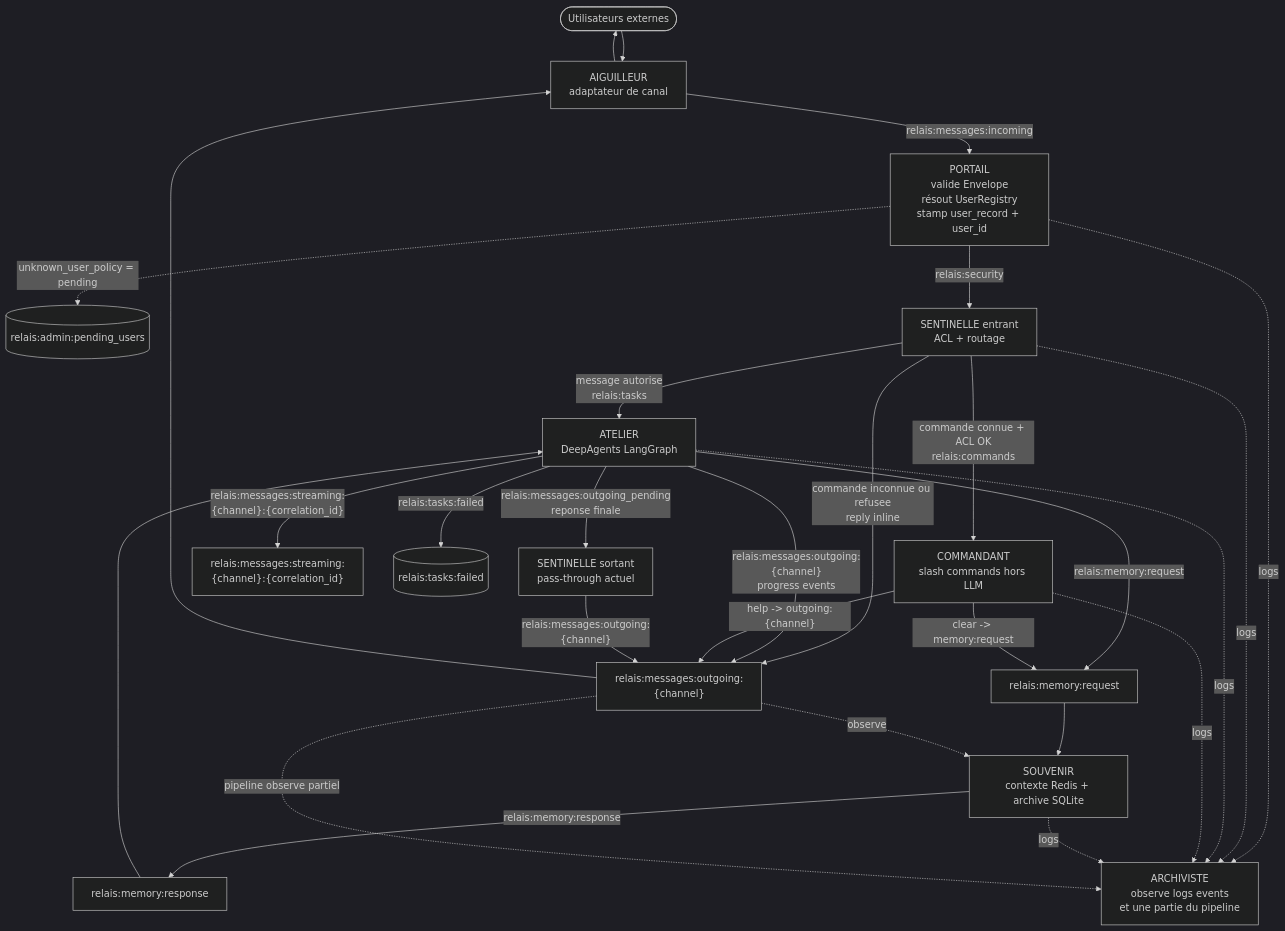
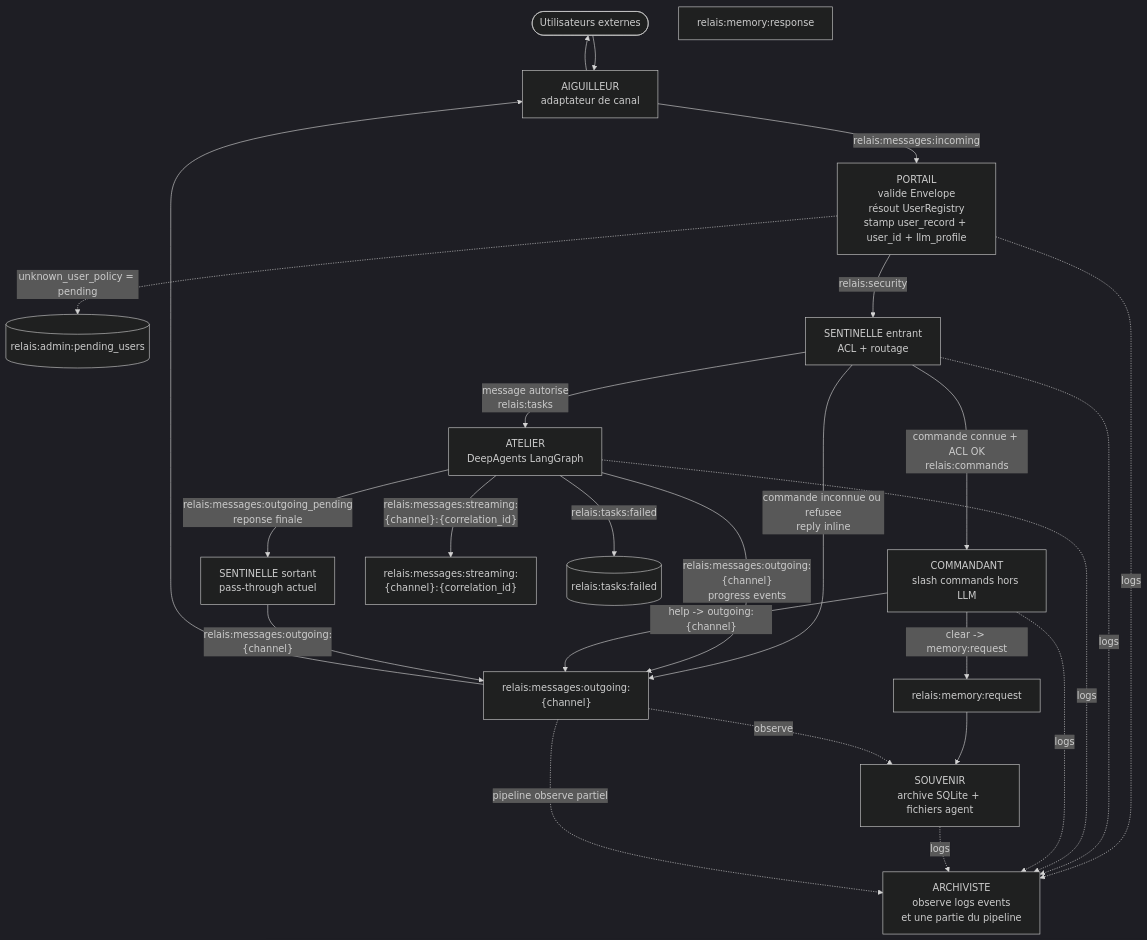
One commit to cyberbobjr/relais changed the diagram in README.md. Above: the diagram before and after it, drawn with Mermaid (dark theme). The commit also changed other lines of this file and 4 other files, not shown here.

First line of the commit message:
docs: align docstrings and architecture docs with latest refactors

````diff
--- a/README.md
+++ b/README.md
@@ -27,54 +27,50 @@
 ```mermaid
 flowchart TD
     USERS([Utilisateurs externes])
   AIG["AIGUILLEUR<br/>adaptateur de canal"]
-  PORTAIL["PORTAIL<br/>valide Envelope<br/>résout UserRegistry<br/>stamp user_record + user_id"]
+  PORTAIL["PORTAIL<br/>valide Envelope<br/>résout UserRegistry<br/>stamp user_record + user_id + llm_profile"]
     PENDING[(relais:admin:pending_users)]
   SENT_IN["SENTINELLE entrant<br/>ACL + routage"]
   ATELIER["ATELIER<br/>DeepAgents LangGraph"]
   COMMANDANT["COMMANDANT<br/>slash commands hors LLM"]
-  SOUVENIR["SOUVENIR<br/>contexte Redis + archive SQLite"]
+  SOUVENIR["SOUVENIR<br/>archive SQLite + fichiers agent"]
   SENT_OUT["SENTINELLE sortant<br/>pass-through actuel"]
     OUT["relais:messages:outgoing:{channel}"]
     STREAM["relais:messages:streaming:{channel}:{correlation_id}"]
     MEM_REQ[relais:memory:request]
     MEM_RES[relais:memory:response]
     DLQ[(relais:tasks:failed)]
     ARCHIVISTE["ARCHIVISTE<br/>observe logs events<br/>et une partie du pipeline"]
 
     USERS --> AIG
     AIG -->|"relais:messages:incoming"| PORTAIL
 
     PORTAIL -->|"relais:security"| SENT_IN
     PORTAIL -.->|"unknown_user_policy = pending"| PENDING
 
     SENT_IN -->|"message autorise<br/>relais:tasks"| ATELIER
     SENT_IN -->|"commande connue + ACL OK<br/>relais:commands"| COMMANDANT
     SENT_IN -->|"commande inconnue ou refusee<br/>reply inline"| OUT
 
-    ATELIER -->|"relais:memory:request"| MEM_REQ
-    MEM_REQ --> SOUVENIR
-    SOUVENIR -->|"relais:memory:response"| MEM_RES
-    MEM_RES --> ATELIER
-
     ATELIER -->|"relais:messages:streaming:{channel}:{correlation_id}"| STREAM
     ATELIER -->|"relais:messages:outgoing_pending<br/>reponse finale"| SENT_OUT
     ATELIER -->|"relais:messages:outgoing:{channel}<br/>progress events"| OUT
     ATELIER -->|"relais:tasks:failed"| DLQ
 
     COMMANDANT -->|"help -> outgoing:{channel}"| OUT
     COMMANDANT -->|"clear -> memory:request"| MEM_REQ
+    MEM_REQ --> SOUVENIR
 
     SENT_OUT -->|"relais:messages:outgoing:{channel}"| OUT
     OUT --> AIG
     AIG --> USERS
 
     OUT -. observe .-> SOUVENIR
 
     PORTAIL -. logs .-> ARCHIVISTE
     SENT_IN -. logs .-> ARCHIVISTE
     ATELIER -. logs .-> ARCHIVISTE
     COMMANDANT -. logs .-> ARCHIVISTE
     SOUVENIR -. logs .-> ARCHIVISTE
     OUT -. pipeline observe partiel .-> ARCHIVISTE
 ```
````
